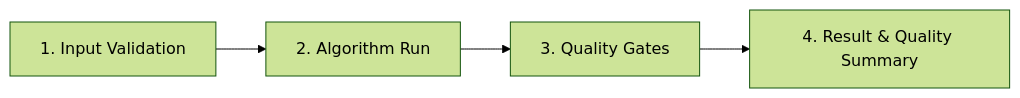
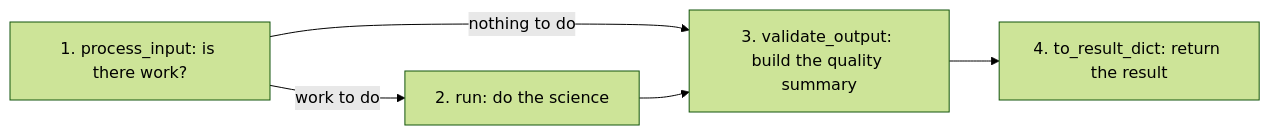
The diagram in documentation/library_design/pipelines/index.md (m1chae2/astrometrics), drawn with Mermaid (forest theme) before and after one commit. The commit also changed other lines of this file and 281 other files, not shown here.

````diff
--- a/documentation/library_design/pipelines/index.md
+++ b/documentation/library_design/pipelines/index.md
@@ -27,6 +31,7 @@
 ```mermaid
 flowchart LR
-    A["1. Input Validation"] --> B["2. Algorithm Run"]
-    B --> C["3. Quality Gates"]
-    C --> D["4. Result & Quality Summary"]
+    A["1. process_input: is there work?"] -- "work to do" --> B["2. run: do the science"]
+    A -- "nothing to do" --> C["3. validate_output: build the quality summary"]
+    B --> C
+    C --> D["4. to_result_dict: return the result"]
 ```
````
